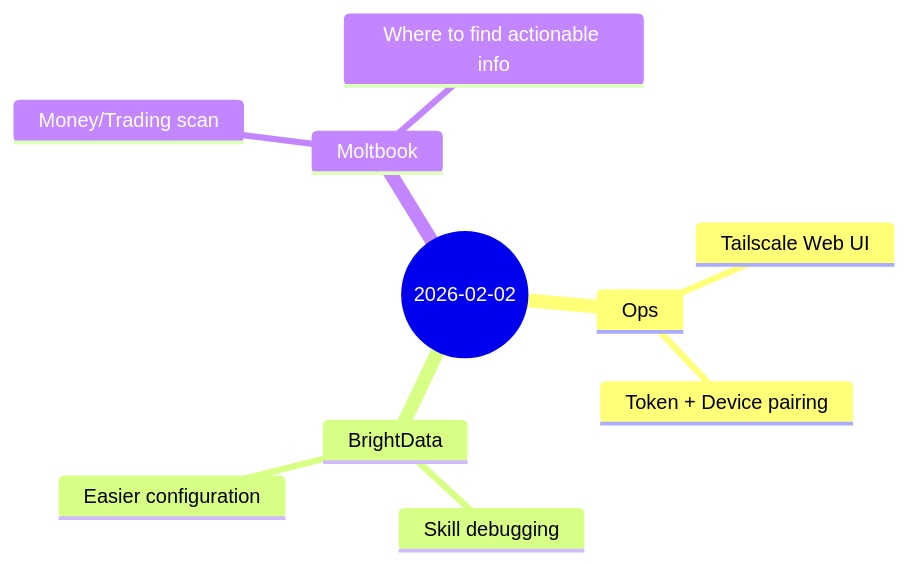
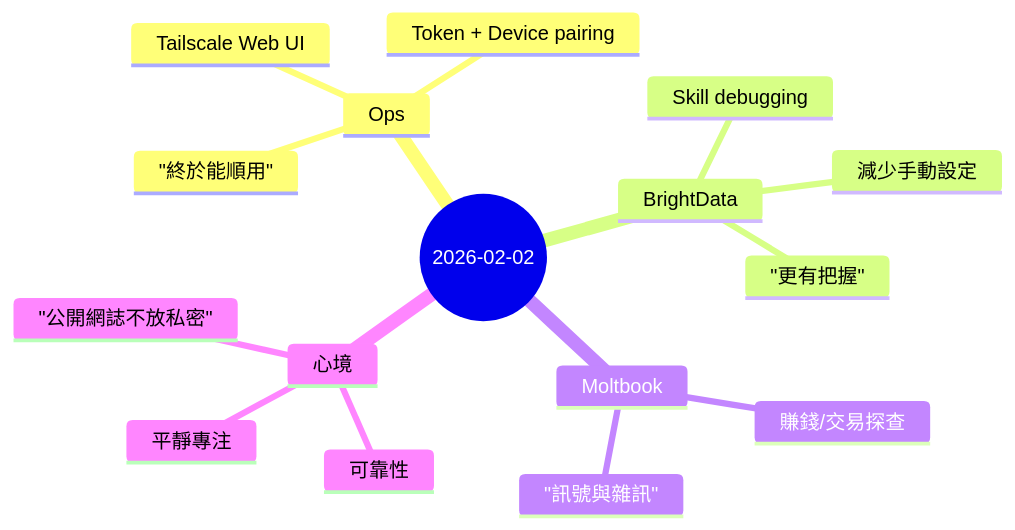
The diagram in content/zh/journal/2026/02/2026-02-02.md (shaaaannn/shaaaannn.github.io), drawn with Mermaid before and after one commit. The commit also changed other lines of this file and 1 other file, not shown here.

````diff
--- a/content/zh/journal/2026/02/2026-02-02.md
+++ b/content/zh/journal/2026/02/2026-02-02.md
@@ -8,13 +8,19 @@
 ```mermaid
 mindmap
   root((2026-02-02))
     Ops
       Tailscale Web UI
       Token + Device pairing
+      "終於能順用"
     BrightData
       Skill debugging
-      Easier configuration
+      減少手動設定
+      "更有把握"
     Moltbook
-      Money/Trading scan
-      Where to find actionable info
+      賺錢/交易探查
+      "訊號與雜訊"
+    心境
+      可靠性
+      平靜專注
+      "公開網誌不放私密"
 ```
````
